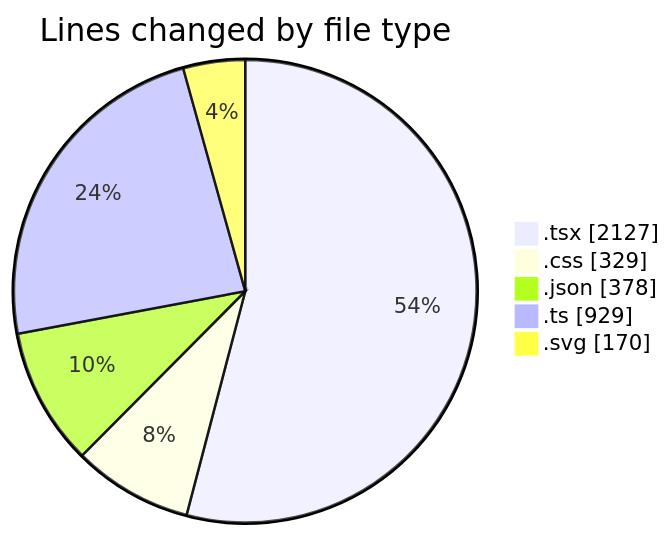
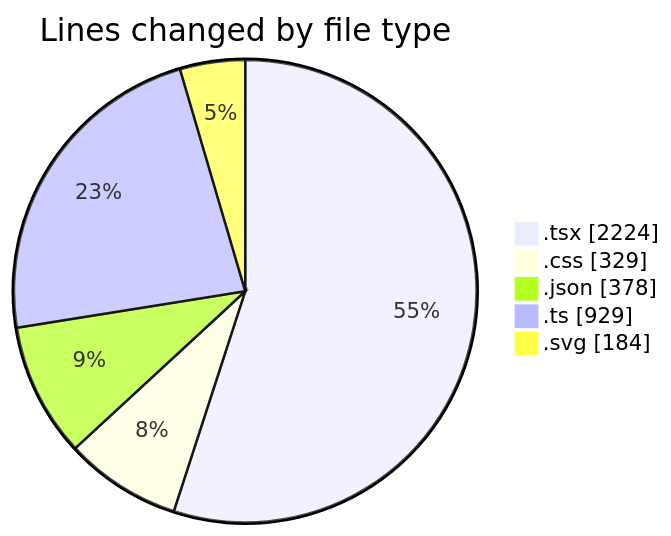
Before and after one commit to julien-gomy/code-tracking: the first of 2 diagrams in 2025-10-10/eventscop-frontend-guide__workspace_/README.md, drawn with Mermaid. The commit also changed other lines of this file and 1 other file, not shown here.

````diff
--- a/2025-10-10/eventscop-frontend-guide__workspace_/README.md
+++ b/2025-10-10/eventscop-frontend-guide__workspace_/README.md
@@ -38,9 +39,9 @@
 ```mermaid
 pie showData
 title Lines changed by file type
-".tsx" : 2127
+".tsx" : 2224
 ".css" : 329
 ".json" : 378
 ".ts" : 929
-".svg" : 170
+".svg" : 184
 ```
````
